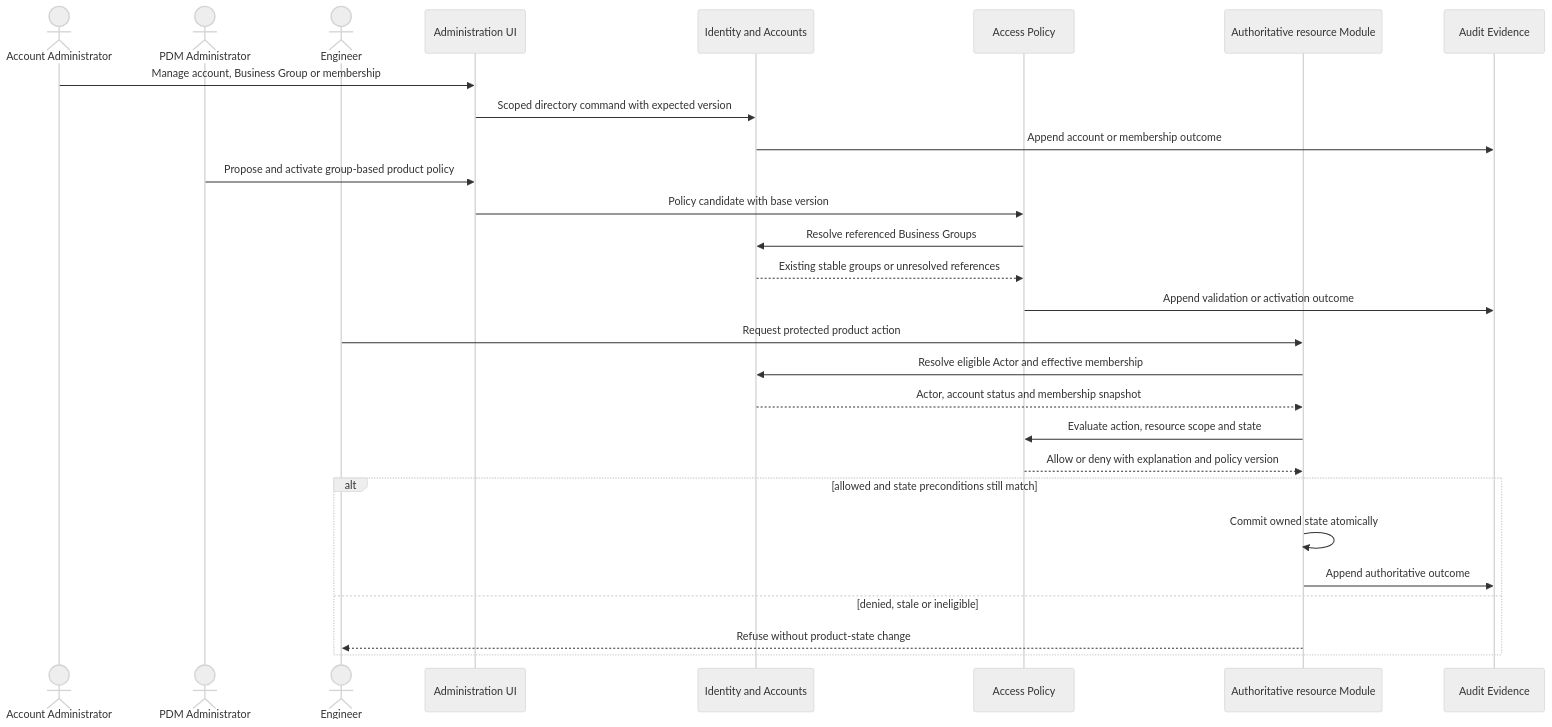
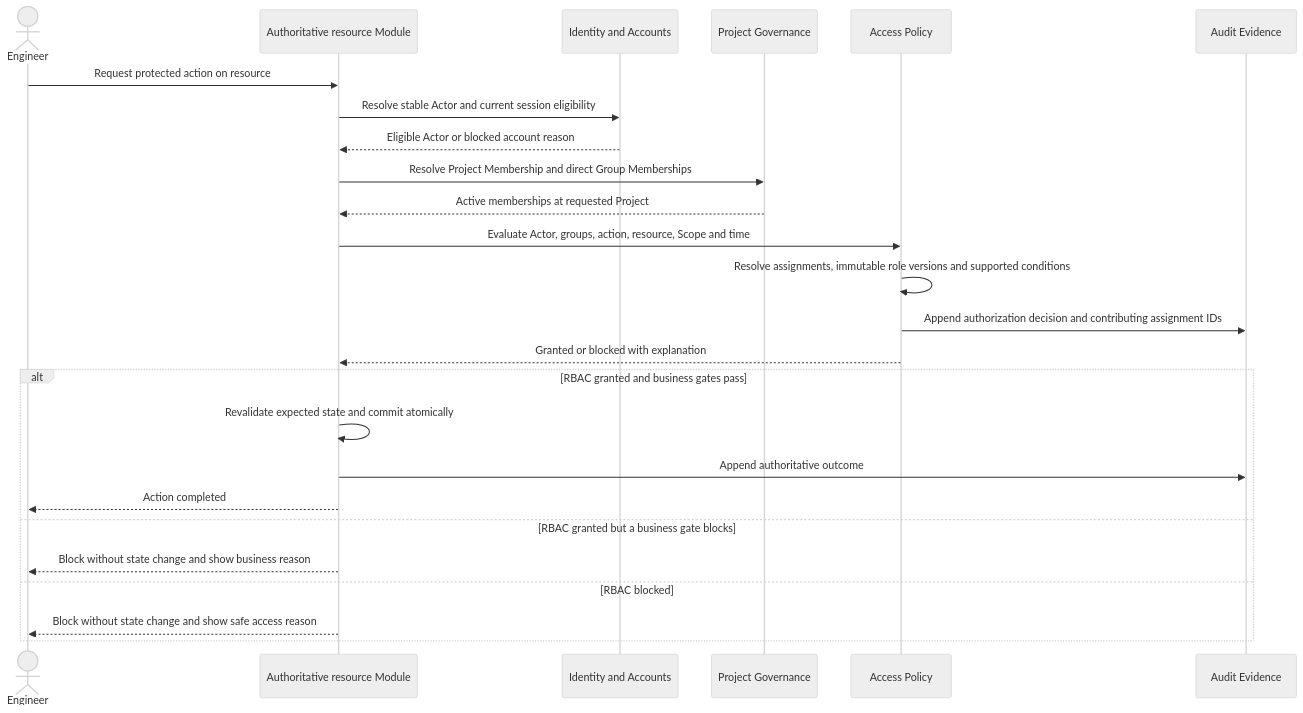
Diagram 17 of 19 in docs/product/instances/idea-engineering/DOC-05-architecture-description.md (devphuclam/IDEAEngineering), drawn with Mermaid (neutral theme) before and after one commit. The commit also changed other lines of this file and 53 other files, not shown here.

Commit message:
docs: define IDEA architecture and controlled workflows

````diff
--- a/docs/product/instances/idea-engineering/DOC-05-architecture-description.md
+++ b/docs/product/instances/idea-engineering/DOC-05-architecture-description.md
@@ -493,31 +1223,31 @@
 ```mermaid
 sequenceDiagram
-    actor AccountAdmin as Account Administrator
-    actor PdmAdmin as PDM Administrator
+    accTitle: Effective Permission followed by business gates
+    accDescr: The authoritative resource Module resolves the current Actor and session, Project and direct Group memberships, then asks Access Policy to evaluate applicable assignments, immutable role versions, Scope, time and conditions. Even when RBAC grants the action, the owner Module revalidates current business state before committing.
+
     actor Engineer
-    participant AdminUI as Administration UI
+    participant Owner as Authoritative resource Module
     participant IAM as Identity and Accounts
+    participant Project as Project Governance
     participant Policy as Access Policy
-    participant Owner as Authoritative resource Module
     participant Audit as Audit Evidence
 
-    AccountAdmin->>AdminUI: Manage account, Business Group or membership
-    AdminUI->>IAM: Scoped directory command with expected version
-    IAM->>Audit: Append account or membership outcome
-    PdmAdmin->>AdminUI: Propose and activate group-based product policy
-    AdminUI->>Policy: Policy candidate with base version
-    Policy->>IAM: Resolve referenced Business Groups
-    IAM-->>Policy: Existing stable groups or unresolved references
-    Policy->>Audit: Append validation or activation outcome
-    Engineer->>Owner: Request protected product action
-    Owner->>IAM: Resolve eligible Actor and effective membership
-    IAM-->>Owner: Actor, account status and membership snapshot
-    Owner->>Policy: Evaluate action, resource scope and state
-    Policy-->>Owner: Allow or deny with explanation and policy version
-    alt allowed and state preconditions still match
-        Owner->>Owner: Commit owned state atomically
+    Engineer->>Owner: Request protected action on resource
+    Owner->>IAM: Resolve stable Actor and current session eligibility
+    IAM-->>Owner: Eligible Actor or blocked account reason
+    Owner->>Project: Resolve Project Membership and direct Group Memberships
+    Project-->>Owner: Active memberships at requested Project
+    Owner->>Policy: Evaluate Actor, groups, action, resource, Scope and time
+    Policy->>Policy: Resolve assignments, immutable role versions and supported conditions
+    Policy->>Audit: Append authorization decision and contributing assignment IDs
+    Policy-->>Owner: Granted or blocked with explanation
+    alt RBAC granted and business gates pass
+        Owner->>Owner: Revalidate expected state and commit atomically
         Owner->>Audit: Append authoritative outcome
-    else denied, stale or ineligible
-        Owner-->>Engineer: Refuse without product-state change
+        Owner-->>Engineer: Action completed
+    else RBAC granted but a business gate blocks
+        Owner-->>Engineer: Block without state change and show business reason
+    else RBAC blocked
+        Owner-->>Engineer: Block without state change and show safe access reason
     end
 ```
````
